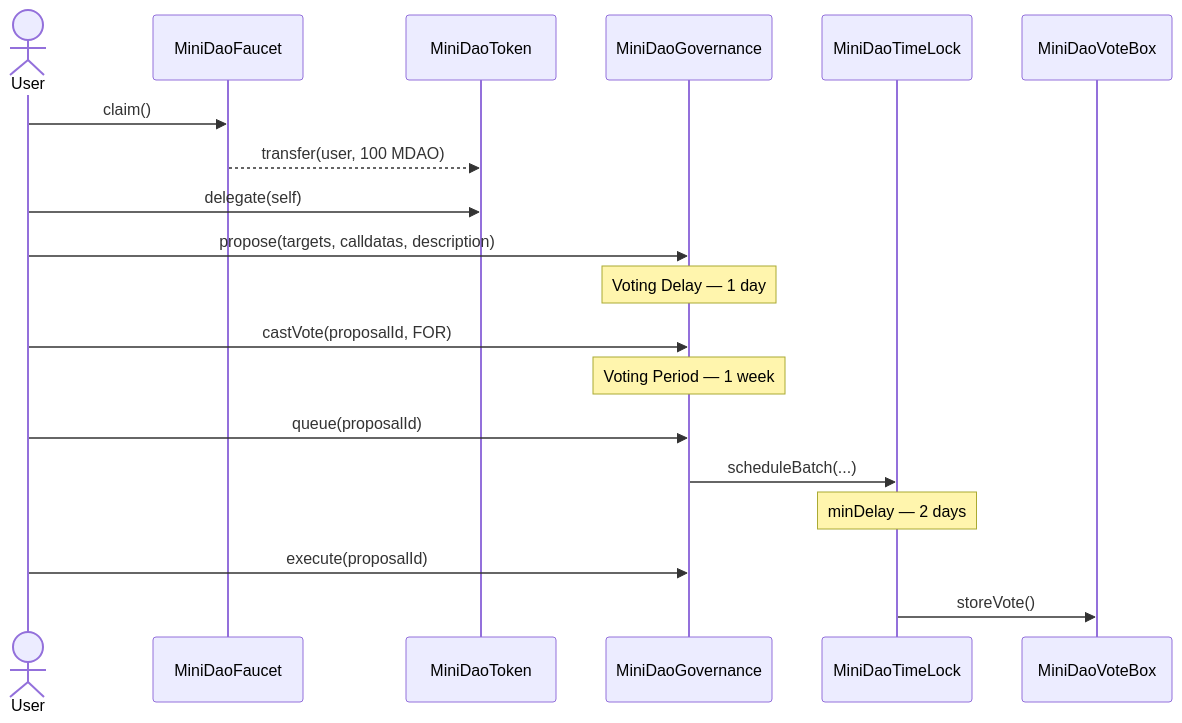
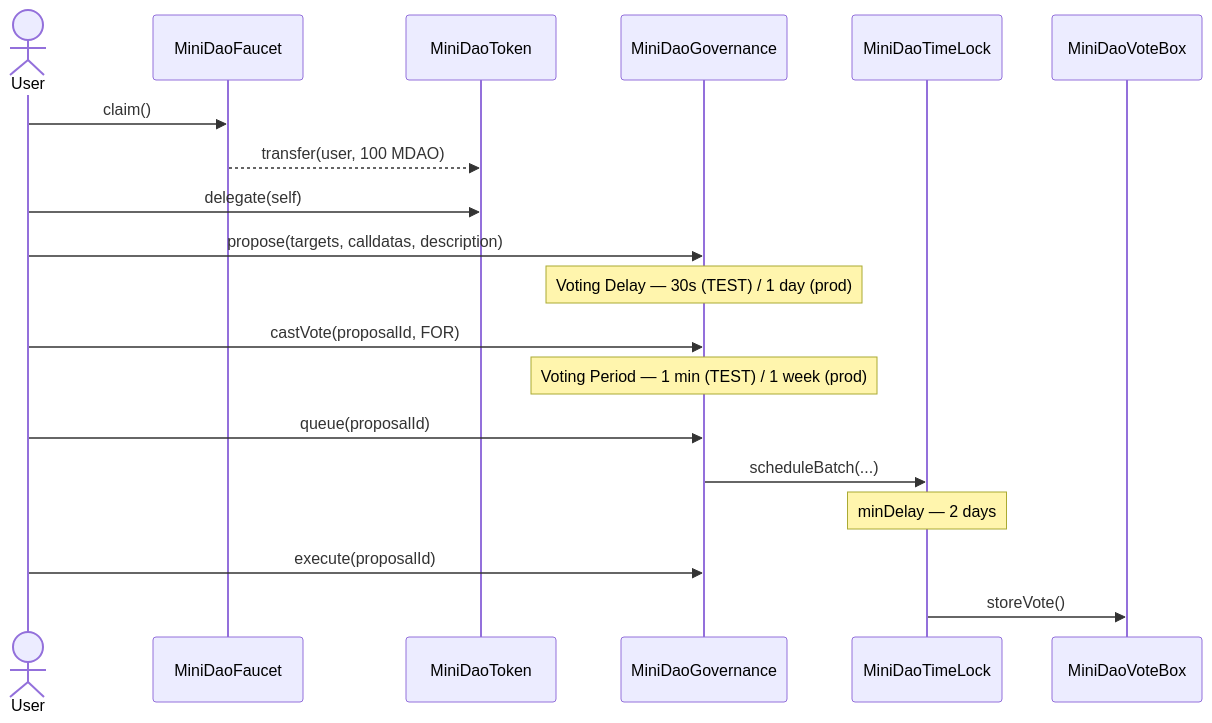
One commit to VxxxxC/mini_dao changed the second of 2 diagrams in README.md. Above: the diagram before and after it, drawn with Mermaid. The commit also changed other lines of this file and 1 other file, not shown here.

````diff
--- a/README.md
+++ b/README.md
@@ -98,26 +98,26 @@
 ```mermaid
 sequenceDiagram
     actor User
     participant Faucet as MiniDaoFaucet
     participant Token as MiniDaoToken
     participant Gov as MiniDaoGovernance
     participant Timelock as MiniDaoTimeLock
     participant VoteBox as MiniDaoVoteBox
 
     User->>Faucet: claim()
     Faucet-->>Token: transfer(user, 100 MDAO)
     User->>Token: delegate(self)
 
     User->>Gov: propose(targets, calldatas, description)
-    Note over Gov: Voting Delay — 1 day
+    Note over Gov: Voting Delay — 30s (TEST) / 1 day (prod)
 
     User->>Gov: castVote(proposalId, FOR)
-    Note over Gov: Voting Period — 1 week
+    Note over Gov: Voting Period — 1 min (TEST) / 1 week (prod)
 
     User->>Gov: queue(proposalId)
     Gov->>Timelock: scheduleBatch(...)
     Note over Timelock: minDelay — 2 days
 
     User->>Gov: execute(proposalId)
     Timelock->>VoteBox: storeVote()
 ```
````
